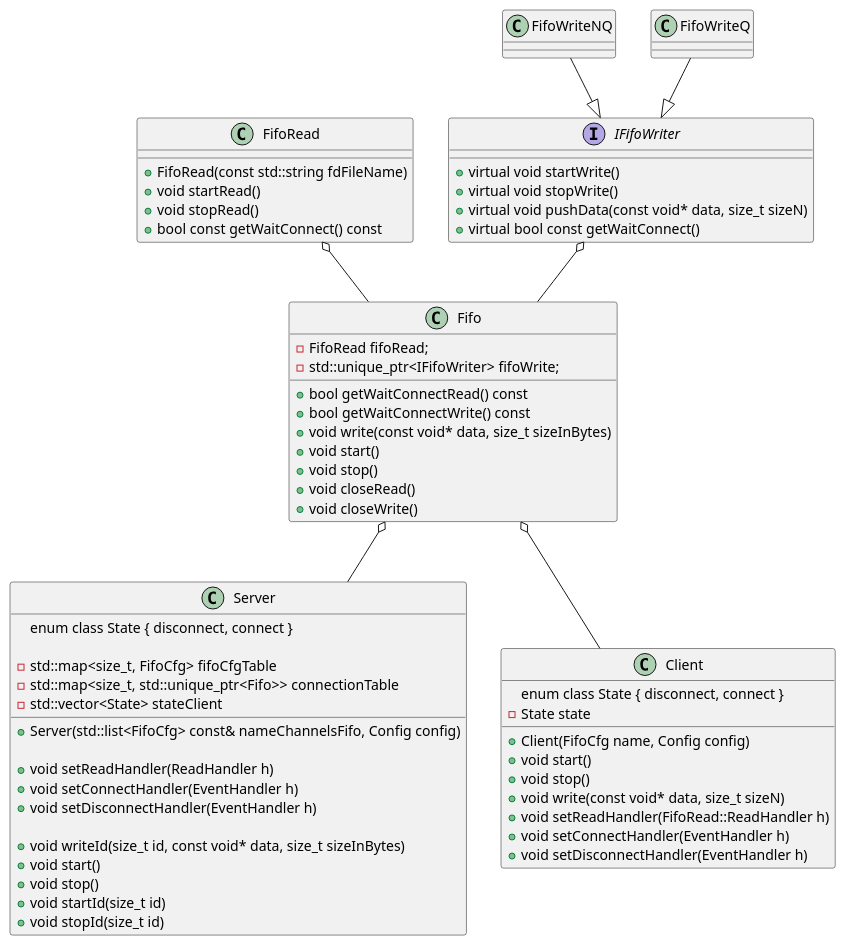
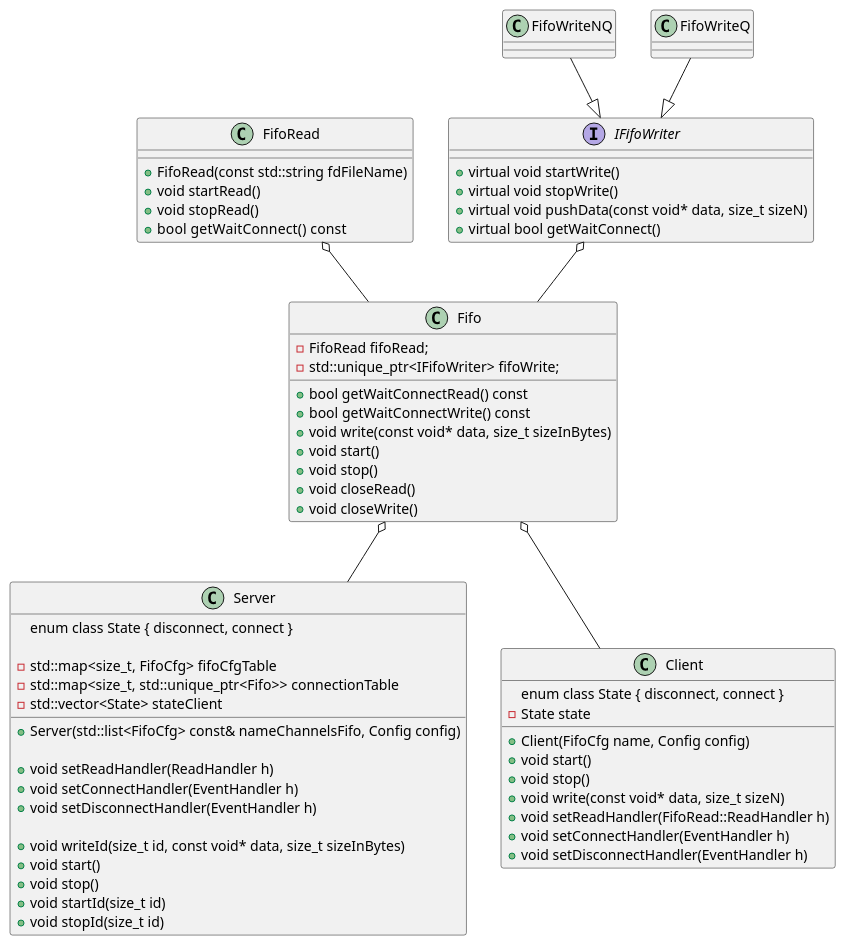
One commit to Ilya-Abramov00/FifoMaster changed the diagram in TestTask/diagram_Server.puml. Above: the diagram before and after it, drawn with PlantUML. The commit also changed 16 other files, not shown here.

```diff
--- a/TestTask/diagram_Server.puml
+++ b/TestTask/diagram_Server.puml
@@ -1,79 +1,79 @@
 @startuml
 
 interface IFifoWriter {
 	+virtual void startWrite()
 	+virtual void stopWrite()
 	+virtual void pushData(const void* data, size_t sizeN)
-	+virtual bool const getWaitConnect()
+	+virtual bool getWaitConnect()
 
 }
 
 
 
 class FifoWriteNQ
 class FifoWriteQ
 
 FifoWriteNQ --|> IFifoWriter
 FifoWriteQ --|> IFifoWriter
 
 class FifoRead {
 	+FifoRead(const std::string fdFileName)
 	+void startRead()
 	+void stopRead()
-	+bool const getWaitConnect() const
+	+bool  getWaitConnect() const
 }
 
 class Fifo {
 	+bool getWaitConnectRead() const
 	+bool getWaitConnectWrite() const
 	+void write(const void* data, size_t sizeInBytes)
 	+void start()
 	+void stop()
 	+void closeRead()
 	+void closeWrite()
 
 	-FifoRead fifoRead;
     -std::unique_ptr<IFifoWriter> fifoWrite;
 }
 
 FifoRead o--Fifo
 IFifoWriter o--Fifo
 
 
 
 class Server {
 	+Server(std::list<FifoCfg> const& nameChannelsFifo, Config config)
 
 	+void setReadHandler(ReadHandler h)
 	+void setConnectHandler(EventHandler h)
 	+void setDisconnectHandler(EventHandler h)
 
 	+void writeId(size_t id, const void* data, size_t sizeInBytes)
 	+void start()
 	+void stop()
     +void startId(size_t id)
     +void stopId(size_t id)
 
 enum class State { disconnect, connect }
 
 	-std::map<size_t, FifoCfg> fifoCfgTable
 	-std::map<size_t, std::unique_ptr<Fifo>> connectionTable
     -std::vector<State> stateClient
 }
 Fifo o--Server
 
 class Client {
 	+Client(FifoCfg name, Config config)
 	+void start()
 	+void stop()
 	+void write(const void* data, size_t sizeN)
 	+void setReadHandler(FifoRead::ReadHandler h)
 	+void setConnectHandler(EventHandler h)
 	+void setDisconnectHandler(EventHandler h)
 	enum class State { disconnect, connect }
 	-State state
 }
 
 Fifo o--Client
 
 @enduml
```
